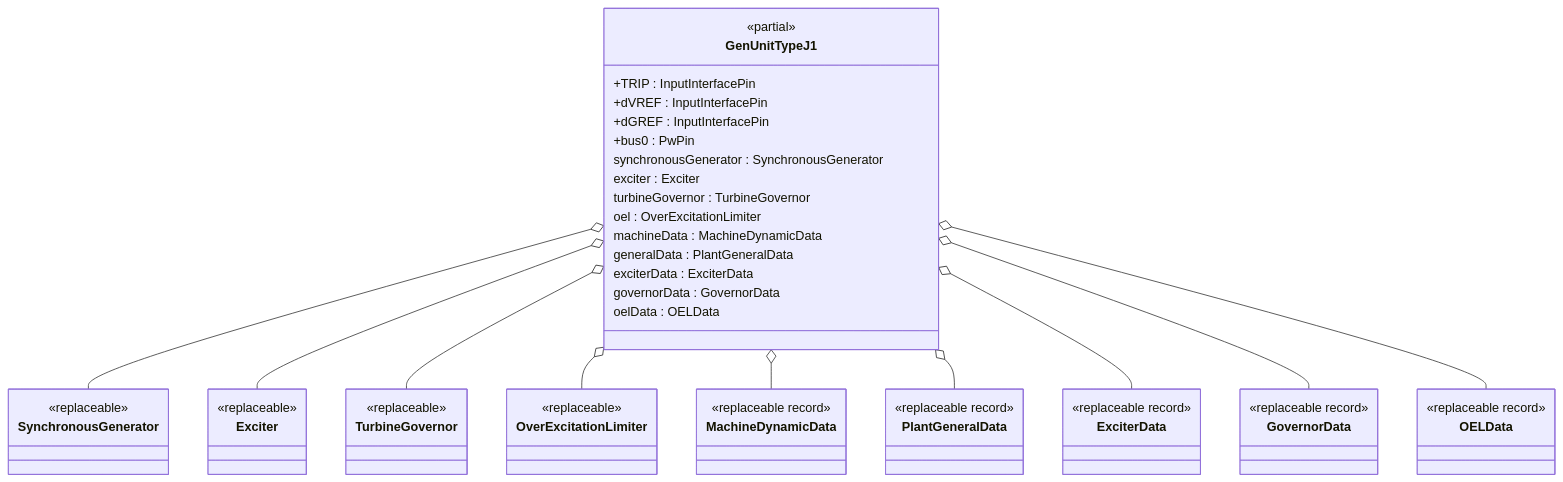
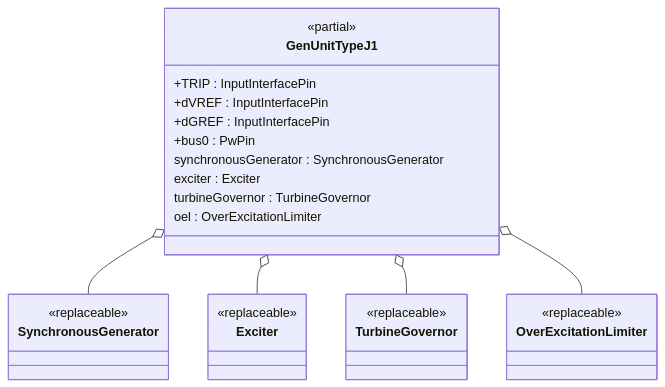
One commit to Opal-RT-Technologies/ephasorsim-modelica-library changed the first of 2 diagrams in modelica/OpalRT/docs/TypeJ.md. Above: the diagram before and after it, drawn with Mermaid. The commit also changed other lines of this file and 56 other files, not shown here.

````diff
--- a/modelica/OpalRT/docs/TypeJ.md
+++ b/modelica/OpalRT/docs/TypeJ.md
@@ -43,37 +41,22 @@
 ```mermaid
 classDiagram
 class GenUnitTypeJ1 {
   <<partial>>
   +TRIP : InputInterfacePin
   +dVREF : InputInterfacePin
   +dGREF : InputInterfacePin
   +bus0 : PwPin
   synchronousGenerator : SynchronousGenerator
   exciter : Exciter
   turbineGovernor : TurbineGovernor
   oel : OverExcitationLimiter
-  machineData : MachineDynamicData
-  generalData : PlantGeneralData
-  exciterData : ExciterData
-  governorData : GovernorData
-  oelData : OELData
 }
 class SynchronousGenerator { <<replaceable>> }
 class Exciter { <<replaceable>> }
 class TurbineGovernor { <<replaceable>> }
 class OverExcitationLimiter { <<replaceable>> }
-class MachineDynamicData { <<replaceable record>> }
-class PlantGeneralData { <<replaceable record>> }
-class ExciterData { <<replaceable record>> }
-class GovernorData { <<replaceable record>> }
-class OELData { <<replaceable record>> }
 GenUnitTypeJ1 o-- SynchronousGenerator
 GenUnitTypeJ1 o-- Exciter
 GenUnitTypeJ1 o-- TurbineGovernor
 GenUnitTypeJ1 o-- OverExcitationLimiter
-GenUnitTypeJ1 o-- MachineDynamicData
-GenUnitTypeJ1 o-- PlantGeneralData
-GenUnitTypeJ1 o-- ExciterData
-GenUnitTypeJ1 o-- GovernorData
-GenUnitTypeJ1 o-- OELData
 ```
````
